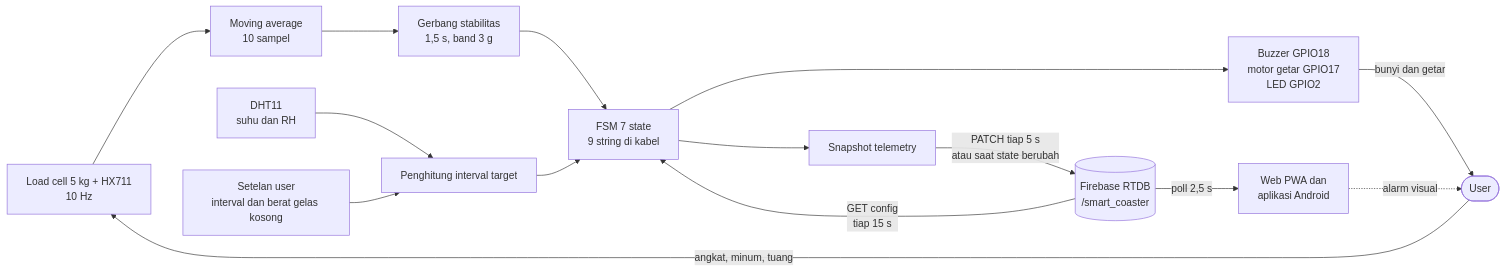
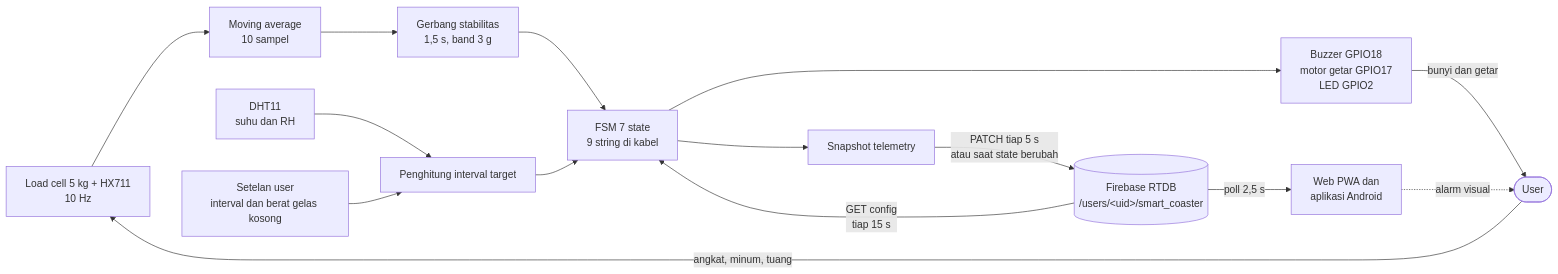
Before and after one commit to WindraNatan/Coaster: the diagram in docs/garis_besar_sistem.md, drawn with Mermaid. The commit also changed other lines of this file and 8 other files, not shown here.

First line of the commit message:
feat: autentikasi per akun, node RTDB per UID

````diff
--- a/docs/garis_besar_sistem.md
+++ b/docs/garis_besar_sistem.md
@@ -23,17 +23,17 @@
 ```mermaid
 flowchart LR
     LC["Load cell 5 kg + HX711<br/>10 Hz"] --> MA["Moving average<br/>10 sampel"]
     MA --> GATE["Gerbang stabilitas<br/>1,5 s, band 3 g"]
     DHT["DHT11<br/>suhu dan RH"] --> SP["Penghitung interval target"]
     CFG["Setelan user<br/>interval dan berat gelas kosong"] --> SP
     GATE --> FSM["FSM 7 state<br/>9 string di kabel"]
     SP --> FSM
     FSM --> ACT["Buzzer GPIO18<br/>motor getar GPIO17<br/>LED GPIO2"]
     FSM --> SNAP["Snapshot telemetry"]
-    SNAP -->|"PATCH tiap 5 s<br/>atau saat state berubah"| FB[("Firebase RTDB<br/>/smart_coaster")]
+    SNAP -->|"PATCH tiap 5 s<br/>atau saat state berubah"| FB[("Firebase RTDB<br/>/users/&lt;uid&gt;/smart_coaster")]
     FB -->|"GET config<br/>tiap 15 s"| FSM
     FB -->|"poll 2,5 s"| UI["Web PWA dan<br/>aplikasi Android"]
     ACT -->|"bunyi dan getar"| USER(["User"])
     UI -.->|"alarm visual"| USER
     USER -->|"angkat, minum, tuang"| LC
 ```
````
